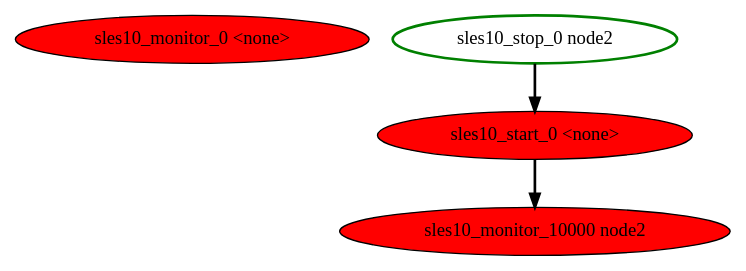
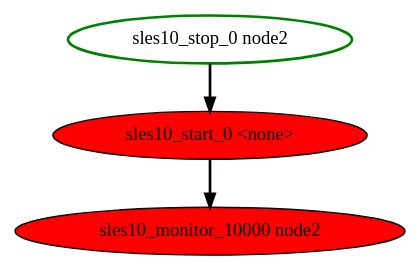
Before and after one commit to richiewen8/heartbeat: the diagram in crm/pengine/testcases/novell-251689.dot, drawn with Graphviz. The commit also changed 8 other files, not shown here.

```diff
--- a/crm/pengine/testcases/novell-251689.dot
+++ b/crm/pengine/testcases/novell-251689.dot
@@ -1,8 +1,7 @@
  digraph "g" {
-"sles10_monitor_0 <none>" [ style=filled color="black" fontcolor="black"  fillcolor=red]
 "sles10_monitor_10000 node2" [ style=filled color="black" fontcolor="black"  fillcolor=red]
 "sles10_start_0 <none>" -> "sles10_monitor_10000 node2" [ style = bold]
 "sles10_start_0 <none>" [ style=filled color="black" fontcolor="black"  fillcolor=red]
 "sles10_stop_0 node2" -> "sles10_start_0 <none>" [ style = bold]
 "sles10_stop_0 node2" [ style=bold color="green" fontcolor="black"  ]
 }
```
